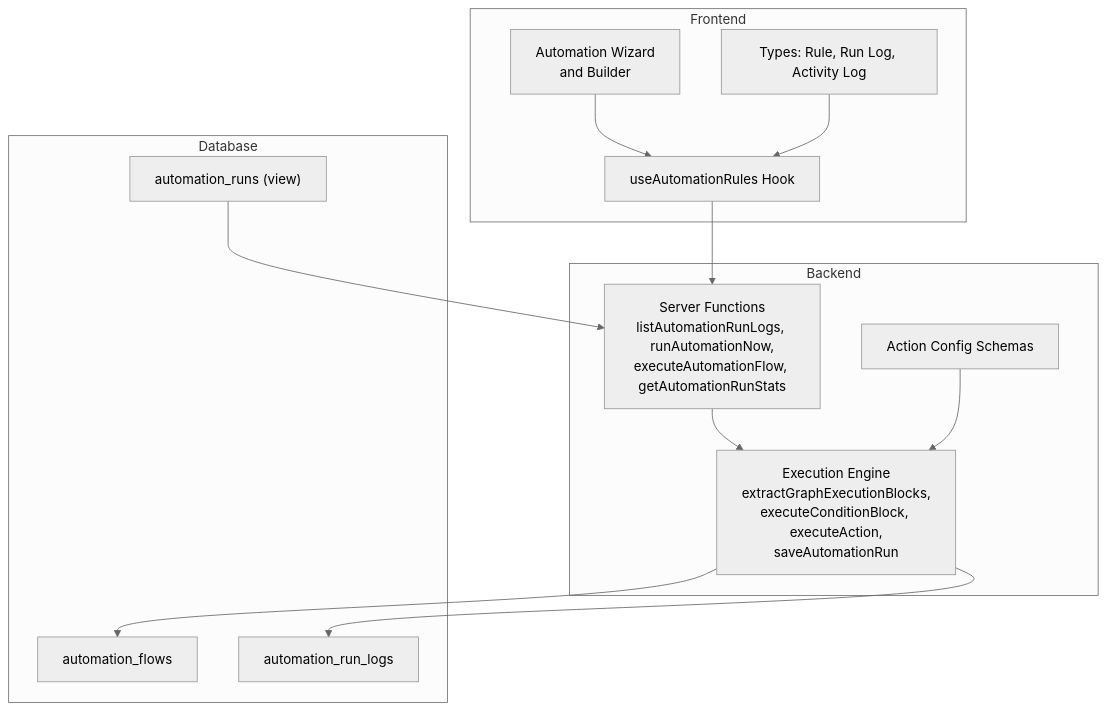
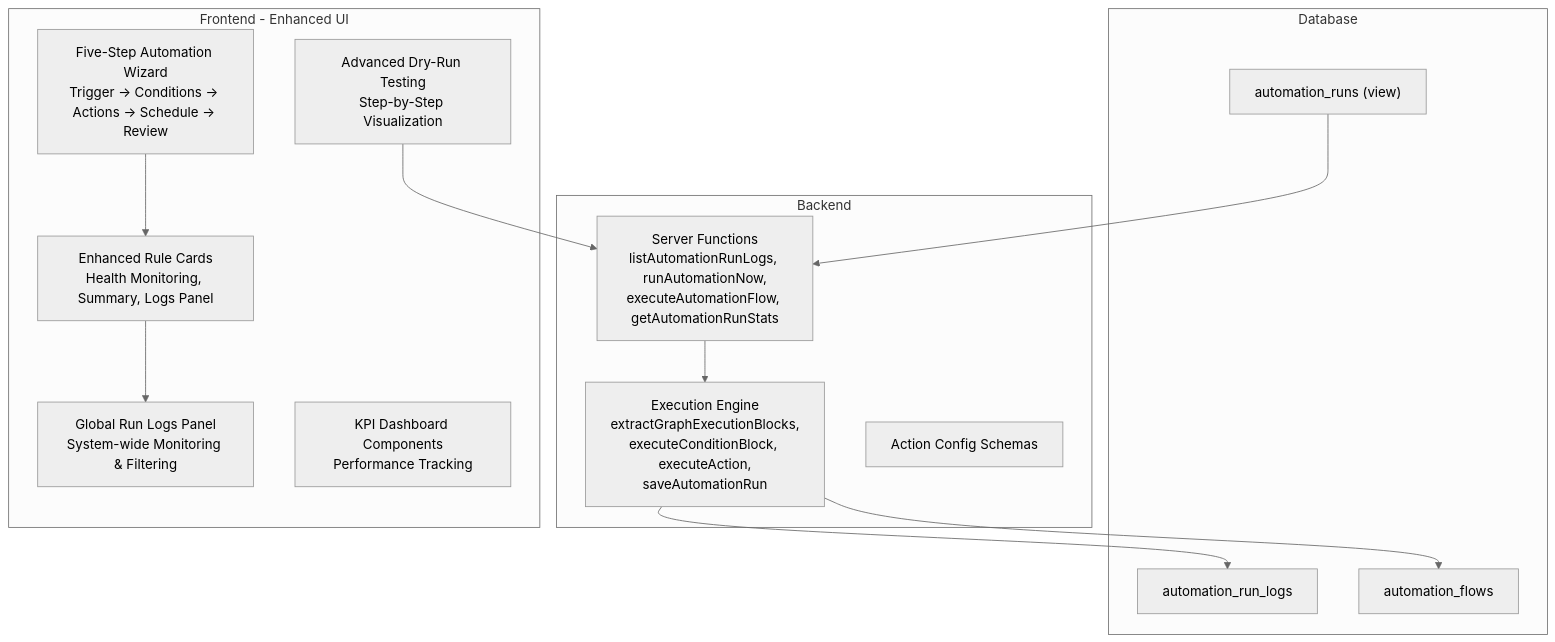
The first of 11 diagrams in .qoder/repowiki/en/content/Automation System/Automation System.md (gastaldellomarco/pcReady), drawn with Mermaid (neutral theme) before and after one commit. The commit also changed other lines of this file and 19 other files, not shown here.

First line of the commit message:
feat(automation): enhance Automation Flow Builder with dual-mode design and advanced UI

````diff
--- a/.qoder/repowiki/en/content/Automation System/Automation System.md
+++ b/.qoder/repowiki/en/content/Automation System/Automation System.md
@@ -45,26 +70,27 @@
 ```mermaid
 graph TB
-subgraph "Frontend"
-UI_Wizard["Automation Wizard<br/>and Builder"]
-UI_Hooks["useAutomationRules Hook"]
-UI_Types["Types: Rule, Run Log, Activity Log"]
+subgraph "Frontend - Enhanced UI"
+UI_Wizard["Five-Step Automation Wizard<br/>Trigger → Conditions → Actions → Schedule → Review"]
+UI_RuleCards["Enhanced Rule Cards<br/>Health Monitoring, Summary, Logs Panel"]
+UI_GlobalLogs["Global Run Logs Panel<br/>System-wide Monitoring & Filtering"]
+UI_DryRun["Advanced Dry-Run Testing<br/>Step-by-Step Visualization"]
+UI_KPI["KPI Dashboard Components<br/>Performance Tracking"]
 end
 subgraph "Backend"
 Srv_API["Server Functions<br/>listAutomationRunLogs, runAutomationNow,<br/>executeAutomationFlow, getAutomationRunStats"]
 Srv_Exec["Execution Engine<br/>extractGraphExecutionBlocks,<br/>executeConditionBlock, executeAction,<br/>saveAutomationRun"]
 Srv_Schemas["Action Config Schemas"]
 end
 subgraph "Database"
 DB_Flows["automation_flows"]
 DB_Logs["automation_run_logs"]
 DB_Views["automation_runs (view)"]
 end
-UI_Wizard --> UI_Hooks
-UI_Hooks --> Srv_API
+UI_Wizard --> UI_RuleCards
+UI_RuleCards --> UI_GlobalLogs
+UI_DryRun --> Srv_API
 Srv_API --> Srv_Exec
 Srv_Exec --> DB_Flows
 Srv_Exec --> DB_Logs
 DB_Views --> Srv_API
-UI_Types --> UI_Hooks
-Srv_Schemas --> Srv_Exec
 ```
````
